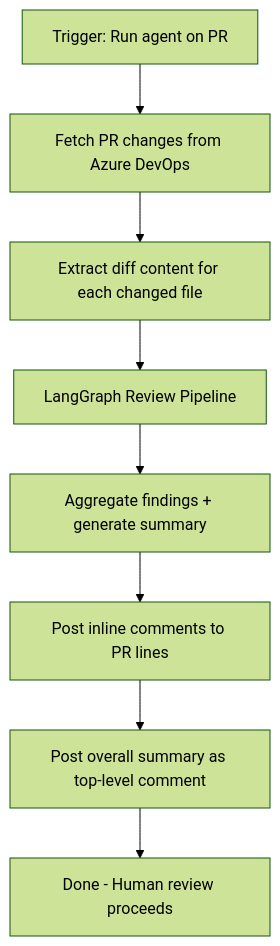
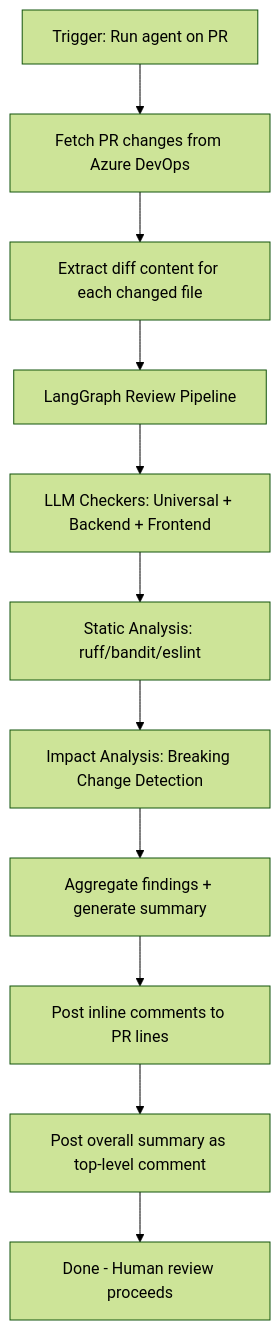
One commit to gaozhidf/code-review-agent changed the first of 3 diagrams in README.md. Above: the diagram before and after it, drawn with Mermaid (forest theme). The commit also changed other lines of this file and 13 other files, not shown here.

Commit message:
[add]add the static analysis and the impact analysis

````diff
--- a/README.md
+++ b/README.md
@@ -65,10 +75,13 @@
 ```mermaid
 flowchart TD
     A[Trigger: Run agent on PR] --> B[Fetch PR changes from Azure DevOps]
     B --> C[Extract diff content for each changed file]
     C --> D[LangGraph Review Pipeline]
-    D --> E[Aggregate findings + generate summary]
-    E --> F[Post inline comments to PR lines]
-    F --> G[Post overall summary as top-level comment]
-    G --> H[Done - Human review proceeds]
+    D --> E[LLM Checkers: Universal + Backend + Frontend]
+    E --> F[Static Analysis: ruff/bandit/eslint]
+    F --> G[Impact Analysis: Breaking Change Detection]
+    G --> H[Aggregate findings + generate summary]
+    H --> I[Post inline comments to PR lines]
+    I --> J[Post overall summary as top-level comment]
+    J --> K[Done - Human review proceeds]
 ```
````
